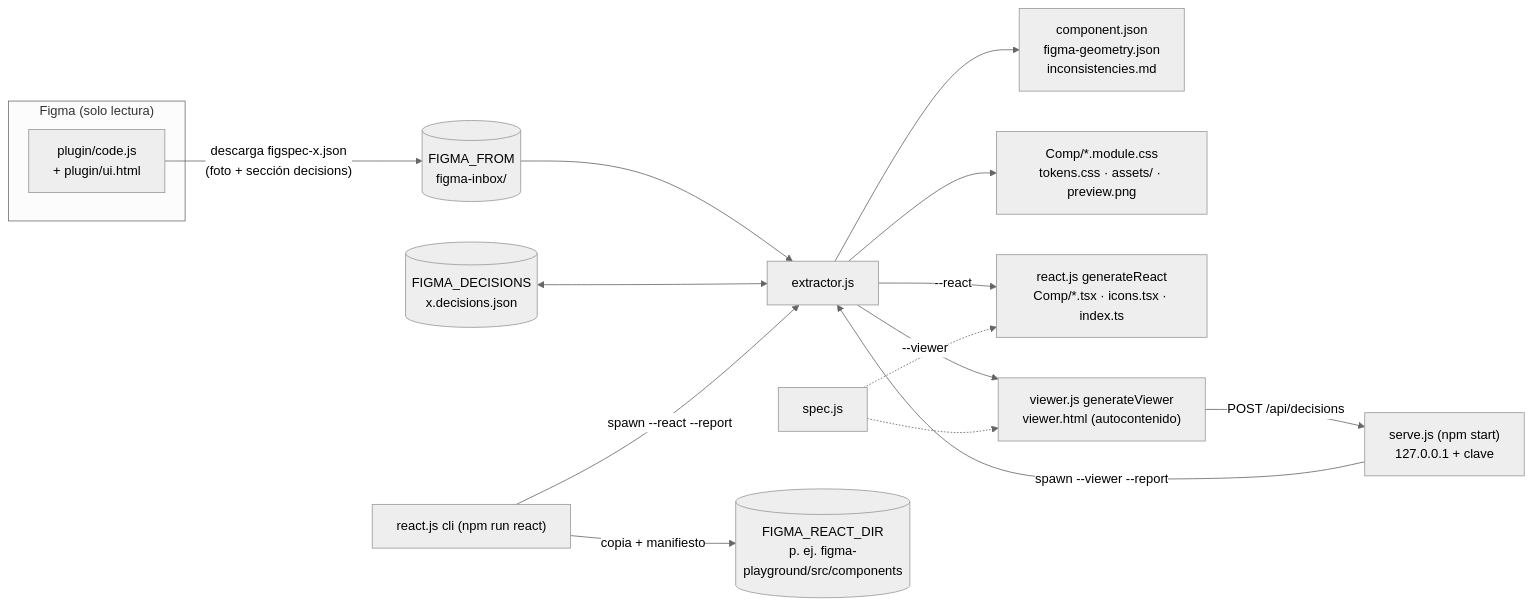
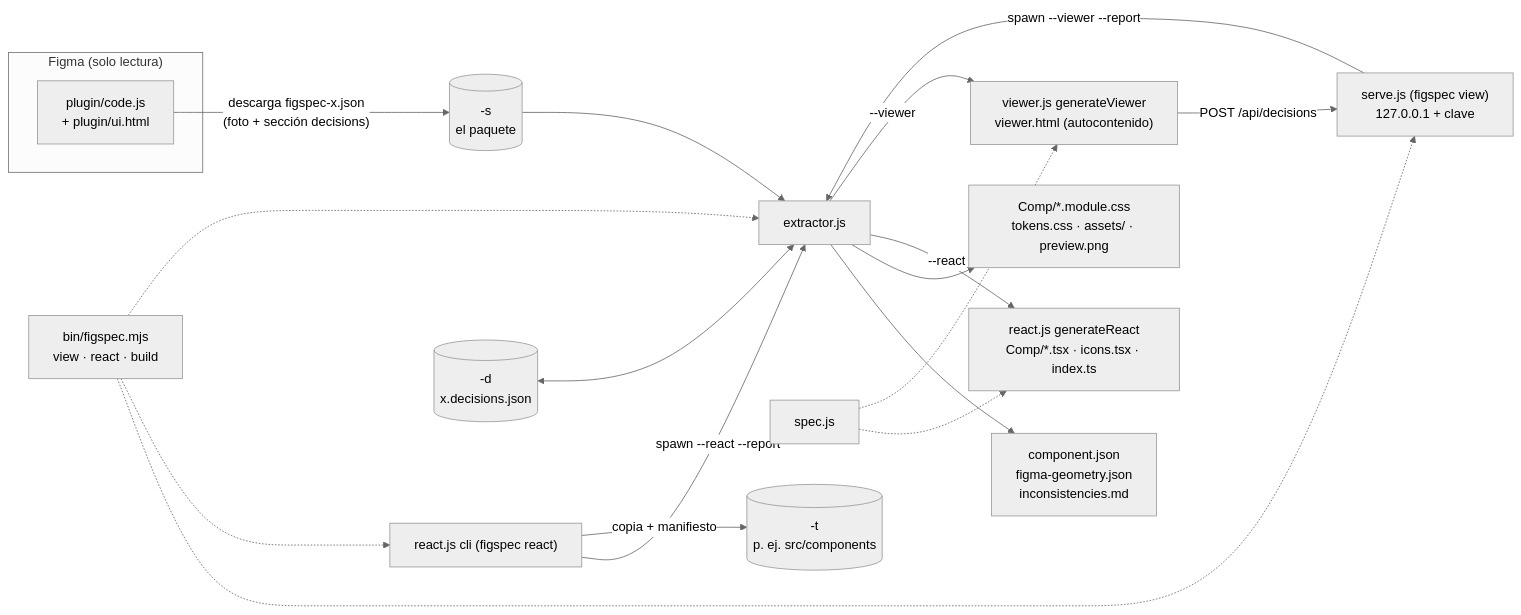
The diagram in docs/arquitectura.md (jrodrigopuca/figspec), drawn with Mermaid (neutral theme) before and after one commit. The commit also changed other lines of this file and 37 other files, not shown here.

````diff
--- a/docs/arquitectura.md
+++ b/docs/arquitectura.md
@@ -21,19 +33,22 @@
 ```mermaid
 flowchart LR
   subgraph Figma["Figma (solo lectura)"]
     P["plugin/code.js<br/>+ plugin/ui.html"]
   end
-  P -- "descarga figspec-x.json<br/>(foto + sección decisions)" --> IN[("FIGMA_FROM<br/>figma-inbox/")]
+  P -- "descarga figspec-x.json<br/>(foto + sección decisions)" --> IN[("-s<br/>el paquete")]
+  CLI["bin/figspec.mjs<br/>view · react · build"] -.-> SV
+  CLI -.-> RC
+  CLI -.-> X
   IN --> X["extractor.js"]
-  D[("FIGMA_DECISIONS<br/>x.decisions.json")] <--> X
+  D[("-d<br/>x.decisions.json")] <--> X
   X --> CJ["component.json<br/>figma-geometry.json<br/>inconsistencies.md"]
   X --> CSS["Comp/*.module.css<br/>tokens.css · assets/ · preview.png"]
   X -- "--react" --> R["react.js generateReact<br/>Comp/*.tsx · icons.tsx · index.ts"]
   X -- "--viewer" --> V["viewer.js generateViewer<br/>viewer.html (autocontenido)"]
   S["spec.js"] -.-> R
   S -.-> V
-  SV["serve.js (npm start)<br/>127.0.0.1 + clave"] -- "spawn --viewer --report" --> X
+  SV["serve.js (figspec view)<br/>127.0.0.1 + clave"] -- "spawn --viewer --report" --> X
   V -- "POST /api/decisions" --> SV
-  RC["react.js cli (npm run react)"] -- "spawn --react --report" --> X
-  RC -- "copia + manifiesto" --> PRJ[("FIGMA_REACT_DIR<br/>p. ej. figma-playground/src/components")]
+  RC["react.js cli (figspec react)"] -- "spawn --react --report" --> X
+  RC -- "copia + manifiesto" --> PRJ[("-t<br/>p. ej. src/components")]
 ```
````
